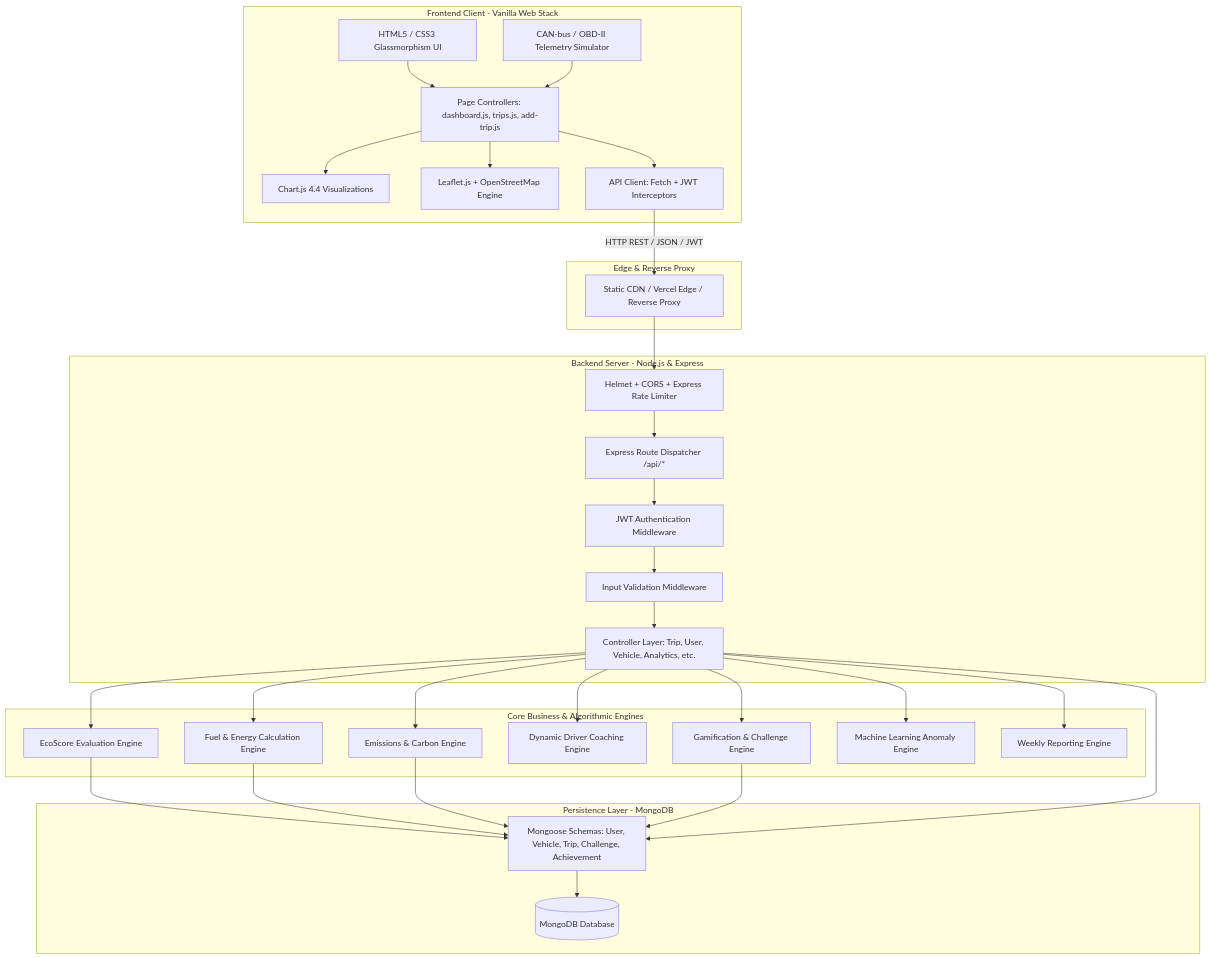
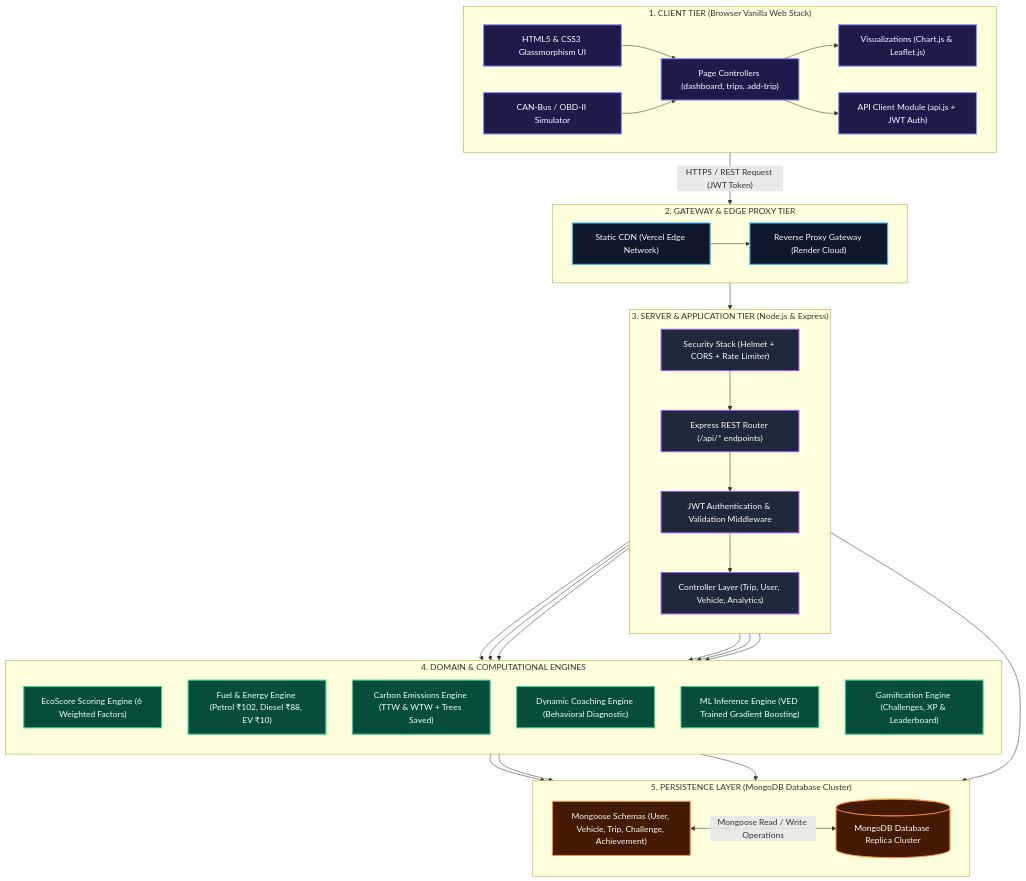
Before and after one commit to Rahul252006/ecodrive: the first of 3 diagrams in ARCHITECTURE.md, drawn with Mermaid. The commit also changed 1 other file, not shown here.

Commit message:
docs: add dedicated HIGH_LEVEL_ARCHITECTURE.md with high-contrast, fully visible Mermaid diagram

````diff
--- a/ARCHITECTURE.md
+++ b/ARCHITECTURE.md
@@ -15,66 +15,75 @@
 ```mermaid
-graph TD
-    subgraph Client Tier [Frontend Client - Vanilla Web Stack]
-        UI[HTML5 / CSS3 Glassmorphism UI]
-        JS_CTRL[Page Controllers: dashboard.js, trips.js, add-trip.js]
-        CAN_SIM[CAN-bus / OBD-II Telemetry Simulator]
-        CHARTS[Chart.js 4.4 Visualizations]
-        MAPS[Leaflet.js + OpenStreetMap Engine]
-        API_CLIENT[API Client: Fetch + JWT Interceptors]
+flowchart TB
+    %% =======================================================
+    %% STYLING DEFINITIONS FOR MAXIMUM LEGIBILITY
+    %% =======================================================
+    classDef clientStyle fill:#1e1b4b,stroke:#818cf8,stroke-width:2px,color:#f8fafc;
+    classDef edgeStyle fill:#0f172a,stroke:#38bdf8,stroke-width:2px,color:#f8fafc;
+    classDef serverStyle fill:#1e293b,stroke:#a855f7,stroke-width:2px,color:#f8fafc;
+    classDef engineStyle fill:#064e3b,stroke:#34d399,stroke-width:2px,color:#f8fafc;
+    classDef dataStyle fill:#451a03,stroke:#fb923c,stroke-width:2px,color:#f8fafc;
+
+    subgraph TIER1 ["1. CLIENT TIER (Browser Vanilla Web Stack)"]
+        direction LR
+        UI["HTML5 & CSS3 Glassmorphism UI"]:::clientStyle
+        SIM["CAN-Bus / OBD-II Simulator"]:::clientStyle
+        PAGES["Page Controllers (dashboard, trips, add-trip)"]:::clientStyle
+        VIZ["Visualizations (Chart.js & Leaflet.js)"]:::clientStyle
+        API_CLIENT["API Client Module (api.js + JWT Auth)"]:::clientStyle
     end
 
-    subgraph Gateway [Edge & Reverse Proxy]
-        EDGE[Static CDN / Vercel Edge / Reverse Proxy]
+    subgraph TIER2 ["2. GATEWAY & EDGE PROXY TIER"]
+        direction LR
+        CDN["Static CDN (Vercel Edge Network)"]:::edgeStyle
+        GATEWAY["Reverse Proxy Gateway (Render Cloud)"]:::edgeStyle
     end
 
-    subgraph Server Tier [Backend Server - Node.js & Express]
-        HTTP_SEC[Helmet + CORS + Express Rate Limiter]
-        ROUTER[Express Route Dispatcher /api/*]
-        AUTH_MID[JWT Authentication Middleware]
-        VALID_MID[Input Validation Middleware]
-        CTRL[Controller Layer: Trip, User, Vehicle, Analytics, etc.]
+    subgraph TIER3 ["3. SERVER & APPLICATION TIER (Node.js & Express)"]
+        direction TB
+        SECURITY["Security Stack (Helmet + CORS + Rate Limiter)"]:::serverStyle
+        ROUTER["Express REST Router (/api/* endpoints)"]:::serverStyle
+        AUTH_MID["JWT Authentication & Validation Middleware"]:::serverStyle
+        CTRL["Controller Layer (Trip, User, Vehicle, Analytics)"]:::serverStyle
     end
 
-    subgraph Domain Tier [Core Business & Algorithmic Engines]
-        ECO_ENG[EcoScore Evaluation Engine]
-        FUEL_ENG[Fuel & Energy Calculation Engine]
-        EMISS_ENG[Emissions & Carbon Engine]
-        COACH_ENG[Dynamic Driver Coaching Engine]
-        CHALL_ENG[Gamification & Challenge Engine]
-        ML_ENG[Machine Learning Anomaly Engine]
-        REP_ENG[Weekly Reporting Engine]
+    subgraph TIER4 ["4. DOMAIN & COMPUTATIONAL ENGINES"]
+        direction TB
+        ECO_ENG["EcoScore Scoring Engine (6 Weighted Factors)"]:::engineStyle
+        FUEL_ENG["Fuel & Energy Engine (Petrol ₹102, Diesel ₹88, EV ₹10)"]:::engineStyle
+        EMISS_ENG["Carbon Emissions Engine (TTW & WTW + Trees Saved)"]:::engineStyle
+        COACH_ENG["Dynamic Coaching Engine (Behavioral Diagnostic)"]:::engineStyle
+        ML_ENG["ML Inference Engine (VED Trained Gradient Boosting)"]:::engineStyle
+        CHALL_ENG["Gamification Engine (Challenges, XP & Leaderboard)"]:::engineStyle
     end
 
-    subgraph Data Tier [Persistence Layer - MongoDB]
-        MONGO[(MongoDB Database)]
-        MODELS[Mongoose Schemas: User, Vehicle, Trip, Challenge, Achievement]
+    subgraph TIER5 ["5. PERSISTENCE LAYER (MongoDB Database Cluster)"]
+        direction LR
+        MONGO_DB[("MongoDB Database Replica Cluster")]:::dataStyle
+        MODELS["Mongoose Schemas (User, Vehicle, Trip, Challenge, Achievement)"]:::dataStyle
     end
 
-    UI --> JS_CTRL
-    CAN_SIM --> JS_CTRL
-    JS_CTRL --> API_CLIENT
-    JS_CTRL --> CHARTS
-    JS_CTRL --> MAPS
+    UI --> PAGES
+    SIM --> PAGES
+    PAGES --> VIZ
+    PAGES --> API_CLIENT
 
-    API_CLIENT -->|HTTP REST / JSON / JWT| EDGE
-    EDGE --> HTTP_SEC
-    HTTP_SEC --> ROUTER
+    API_CLIENT -->|"HTTPS / REST Request (JWT Token)"| CDN
+    CDN --> GATEWAY
+    GATEWAY --> SECURITY
+    SECURITY --> ROUTER
     ROUTER --> AUTH_MID
-    AUTH_MID --> VALID_MID
-    VALID_MID --> CTRL
+    AUTH_MID --> CTRL
 
     CTRL --> ECO_ENG
     CTRL --> FUEL_ENG
     CTRL --> EMISS_ENG
     CTRL --> COACH_ENG
+    CTRL --> ML_ENG
     CTRL --> CHALL_ENG
-    CTRL --> ML_ENG
-    CTRL --> REP_ENG
 
+    CTRL --> MODELS
     ECO_ENG --> MODELS
     FUEL_ENG --> MODELS
-    EMISS_ENG --> MODELS
     CHALL_ENG --> MODELS
-    CTRL --> MODELS
-    MODELS --> MONGO
+    MODELS <-->|"Mongoose Read / Write Operations"| MONGO_DB
 ```
````
